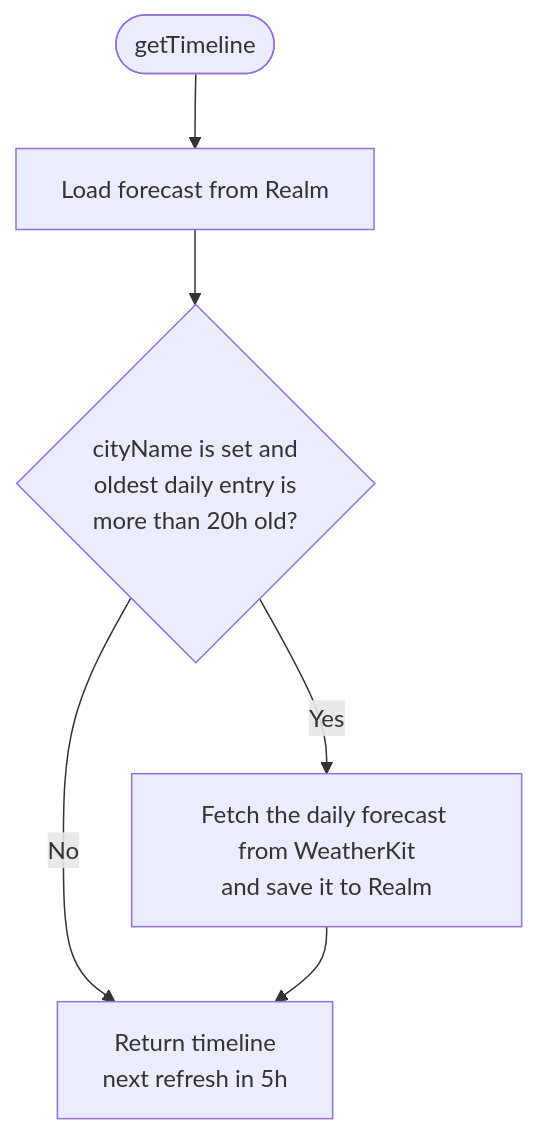
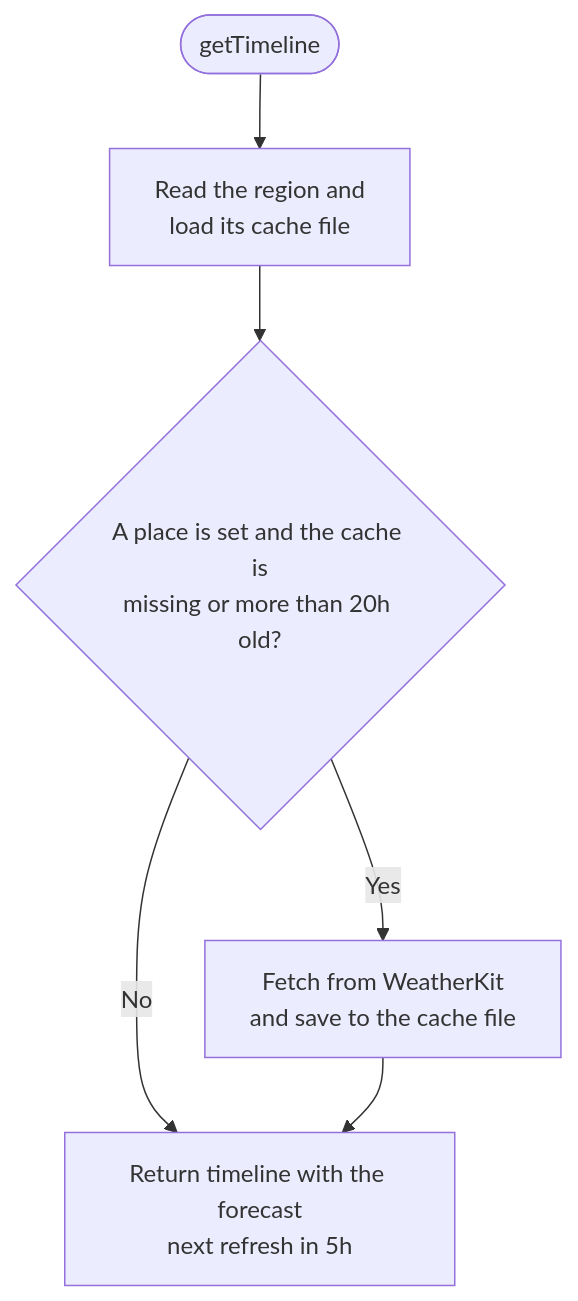
Before and after one commit to naipaka/NextSunnyDay-iOS: the third of 3 diagrams in docs/architecture/weather-fetch-flow.md, drawn with Mermaid. The commit also changed other lines of this file and 4 other files, not shown here.

````diff
--- a/docs/architecture/weather-fetch-flow.md
+++ b/docs/architecture/weather-fetch-flow.md
@@ -45,8 +53,8 @@
 ```mermaid
 flowchart TD
-    A([getTimeline]) --> B[Load forecast from Realm]
-    B --> C{cityName is set and<br/>oldest daily entry is<br/>more than 20h old?}
-    C -- No --> E[Return timeline<br/>next refresh in 5h]
-    C -- Yes --> D[Fetch the daily forecast from WeatherKit<br/>and save it to Realm]
+    A([getTimeline]) --> B[Read the region and<br/>load its cache file]
+    B --> C{A place is set and the cache is<br/>missing or more than 20h old?}
+    C -- No --> E[Return timeline with the forecast<br/>next refresh in 5h]
+    C -- Yes --> D[Fetch from WeatherKit<br/>and save to the cache file]
     D --> E
 ```
````
